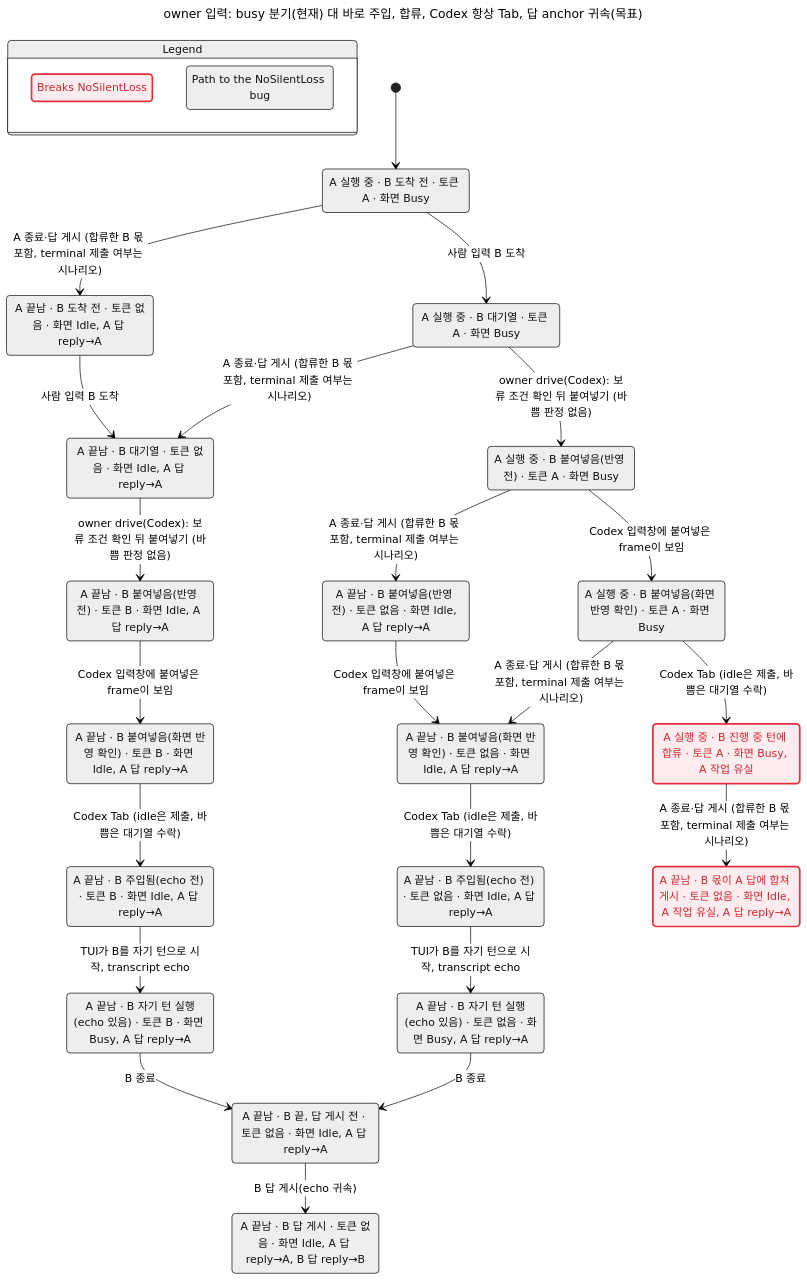
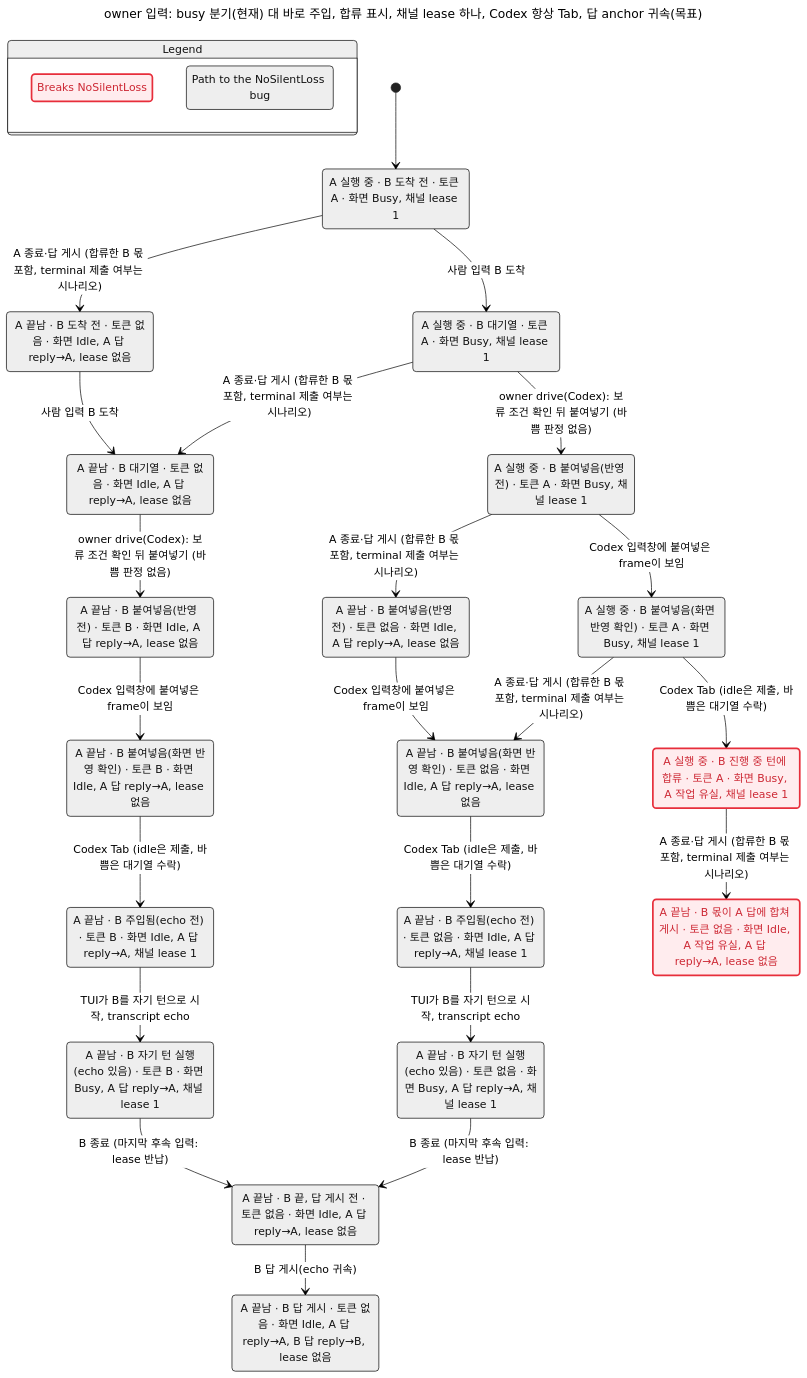
The diagram in docs/statecharts/input-single-path/owner-input-busy-split.codex-always-enter.chart.mmd (itismyfield/AgentDesk), drawn with Mermaid (neutral theme) before and after one commit. The commit also changed 46 other files, not shown here.

```diff
--- a/docs/statecharts/input-single-path/owner-input-busy-split.codex-always-enter.chart.mmd
+++ b/docs/statecharts/input-single-path/owner-input-busy-split.codex-always-enter.chart.mmd
@@ -1,57 +1,57 @@
 ---
-title: "owner 입력: busy 분기(현재) 대 바로 주입, 합류, Codex 항상 Tab, 답 anchor 귀속(목표)"
+title: "owner 입력: busy 분기(현재) 대 바로 주입, 합류 표시, 채널 lease 하나, Codex 항상 Tab, 답 anchor 귀속(목표)"
 ---
 stateDiagram-v2
   state "Legend" as legend {
     lg0: Breaks NoSilentLoss
     lg1: Path to the NoSilentLoss bug
   }
   class lg0 breaks
   class lg1 bugPath
-  s0: A 실행 중 #183; B 도착 전 #183; 토큰 A #183; 화면 Busy
-  s1: A 끝남 #183; B 도착 전 #183; 토큰 없음 #183; 화면 Idle, A 답 reply#8594;A
-  s2: A 실행 중 #183; B 대기열 #183; 토큰 A #183; 화면 Busy
-  s3: A 끝남 #183; B 대기열 #183; 토큰 없음 #183; 화면 Idle, A 답 reply#8594;A
-  s4: A 실행 중 #183; B 붙여넣음(반영 전) #183; 토큰 A #183; 화면 Busy
-  s5: A 끝남 #183; B 붙여넣음(반영 전) #183; 토큰 B #183; 화면 Idle, A 답 reply#8594;A
-  s6: A 끝남 #183; B 붙여넣음(반영 전) #183; 토큰 없음 #183; 화면 Idle, A 답 reply#8594;A
-  s7: A 실행 중 #183; B 붙여넣음(화면 반영 확인) #183; 토큰 A #183; 화면 Busy
-  s8: A 끝남 #183; B 붙여넣음(화면 반영 확인) #183; 토큰 B #183; 화면 Idle, A 답 reply#8594;A
-  s9: A 끝남 #183; B 붙여넣음(화면 반영 확인) #183; 토큰 없음 #183; 화면 Idle, A 답 reply#8594;A
-  s10: A 실행 중 #183; B 진행 중 턴에 합류 #183; 토큰 A #183; 화면 Busy, A 작업 유실
-  s11: A 끝남 #183; B 주입됨(echo 전) #183; 토큰 B #183; 화면 Idle, A 답 reply#8594;A
-  s12: A 끝남 #183; B 주입됨(echo 전) #183; 토큰 없음 #183; 화면 Idle, A 답 reply#8594;A
-  s13: A 끝남 #183; B 몫이 A 답에 합쳐 게시 #183; 토큰 없음 #183; 화면 Idle, A 작업 유실, A 답 reply#8594;A
-  s14: A 끝남 #183; B 자기 턴 실행(echo 있음) #183; 토큰 B #183; 화면 Busy, A 답 reply#8594;A
-  s15: A 끝남 #183; B 자기 턴 실행(echo 있음) #183; 토큰 없음 #183; 화면 Busy, A 답 reply#8594;A
-  s16: A 끝남 #183; B 끝, 답 게시 전 #183; 토큰 없음 #183; 화면 Idle, A 답 reply#8594;A
-  s17: A 끝남 #183; B 답 게시 #183; 토큰 없음 #183; 화면 Idle, A 답 reply#8594;A, B 답 reply#8594;B
+  s0: A 실행 중 #183; B 도착 전 #183; 토큰 A #183; 화면 Busy, 채널 lease 1
+  s1: A 끝남 #183; B 도착 전 #183; 토큰 없음 #183; 화면 Idle, A 답 reply#8594;A, lease 없음
+  s2: A 실행 중 #183; B 대기열 #183; 토큰 A #183; 화면 Busy, 채널 lease 1
+  s3: A 끝남 #183; B 대기열 #183; 토큰 없음 #183; 화면 Idle, A 답 reply#8594;A, lease 없음
+  s4: A 실행 중 #183; B 붙여넣음(반영 전) #183; 토큰 A #183; 화면 Busy, 채널 lease 1
+  s5: A 끝남 #183; B 붙여넣음(반영 전) #183; 토큰 B #183; 화면 Idle, A 답 reply#8594;A, lease 없음
+  s6: A 끝남 #183; B 붙여넣음(반영 전) #183; 토큰 없음 #183; 화면 Idle, A 답 reply#8594;A, lease 없음
+  s7: A 실행 중 #183; B 붙여넣음(화면 반영 확인) #183; 토큰 A #183; 화면 Busy, 채널 lease 1
+  s8: A 끝남 #183; B 붙여넣음(화면 반영 확인) #183; 토큰 B #183; 화면 Idle, A 답 reply#8594;A, lease 없음
+  s9: A 끝남 #183; B 붙여넣음(화면 반영 확인) #183; 토큰 없음 #183; 화면 Idle, A 답 reply#8594;A, lease 없음
+  s10: A 실행 중 #183; B 진행 중 턴에 합류 #183; 토큰 A #183; 화면 Busy, A 작업 유실, 채널 lease 1
+  s11: A 끝남 #183; B 주입됨(echo 전) #183; 토큰 B #183; 화면 Idle, A 답 reply#8594;A, 채널 lease 1
+  s12: A 끝남 #183; B 주입됨(echo 전) #183; 토큰 없음 #183; 화면 Idle, A 답 reply#8594;A, 채널 lease 1
+  s13: A 끝남 #183; B 몫이 A 답에 합쳐 게시 #183; 토큰 없음 #183; 화면 Idle, A 작업 유실, A 답 reply#8594;A, lease 없음
+  s14: A 끝남 #183; B 자기 턴 실행(echo 있음) #183; 토큰 B #183; 화면 Busy, A 답 reply#8594;A, 채널 lease 1
+  s15: A 끝남 #183; B 자기 턴 실행(echo 있음) #183; 토큰 없음 #183; 화면 Busy, A 답 reply#8594;A, 채널 lease 1
+  s16: A 끝남 #183; B 끝, 답 게시 전 #183; 토큰 없음 #183; 화면 Idle, A 답 reply#8594;A, lease 없음
+  s17: A 끝남 #183; B 답 게시 #183; 토큰 없음 #183; 화면 Idle, A 답 reply#8594;A, B 답 reply#8594;B, lease 없음
   [*] --> s0
   s0 --> s1: A 종료#183;답 게시 (합류한 B 몫 포함, terminal 제출 여부는 시나리오)
   s0 --> s2: 사람 입력 B 도착
   s1 --> s3: 사람 입력 B 도착
   s2 --> s3: A 종료#183;답 게시 (합류한 B 몫 포함, terminal 제출 여부는 시나리오)
   s2 --> s4: owner drive(Codex): 보류 조건 확인 뒤 붙여넣기 (바쁨 판정 없음)
   s3 --> s5: owner drive(Codex): 보류 조건 확인 뒤 붙여넣기 (바쁨 판정 없음)
   s4 --> s6: A 종료#183;답 게시 (합류한 B 몫 포함, terminal 제출 여부는 시나리오)
   s4 --> s7: Codex 입력창에 붙여넣은 frame이 보임
   s5 --> s8: Codex 입력창에 붙여넣은 frame이 보임
   s6 --> s9: Codex 입력창에 붙여넣은 frame이 보임
   s7 --> s9: A 종료#183;답 게시 (합류한 B 몫 포함, terminal 제출 여부는 시나리오)
   s7 --> s10: Codex Tab (idle은 제출, 바쁨은 대기열 수락)
   s8 --> s11: Codex Tab (idle은 제출, 바쁨은 대기열 수락)
   s9 --> s12: Codex Tab (idle은 제출, 바쁨은 대기열 수락)
   s10 --> s13: A 종료#183;답 게시 (합류한 B 몫 포함, terminal 제출 여부는 시나리오)
   s11 --> s14: TUI가 B를 자기 턴으로 시작, transcript echo
   s12 --> s15: TUI가 B를 자기 턴으로 시작, transcript echo
-  s14 --> s16: B 종료
-  s15 --> s16: B 종료
+  s14 --> s16: B 종료 (마지막 후속 입력: lease 반납)
+  s15 --> s16: B 종료 (마지막 후속 입력: lease 반납)
   s16 --> s17: B 답 게시(echo 귀속)
   classDef breaks fill:#ffecee,stroke:#e72e3b,stroke-width:2.5px,color:#cd2834
   class s0 bugPath
   class s2 bugPath
   class s4 bugPath
   class s7 bugPath
   class s10 breaks
   class s10 bugPath
   class s13 breaks
```
